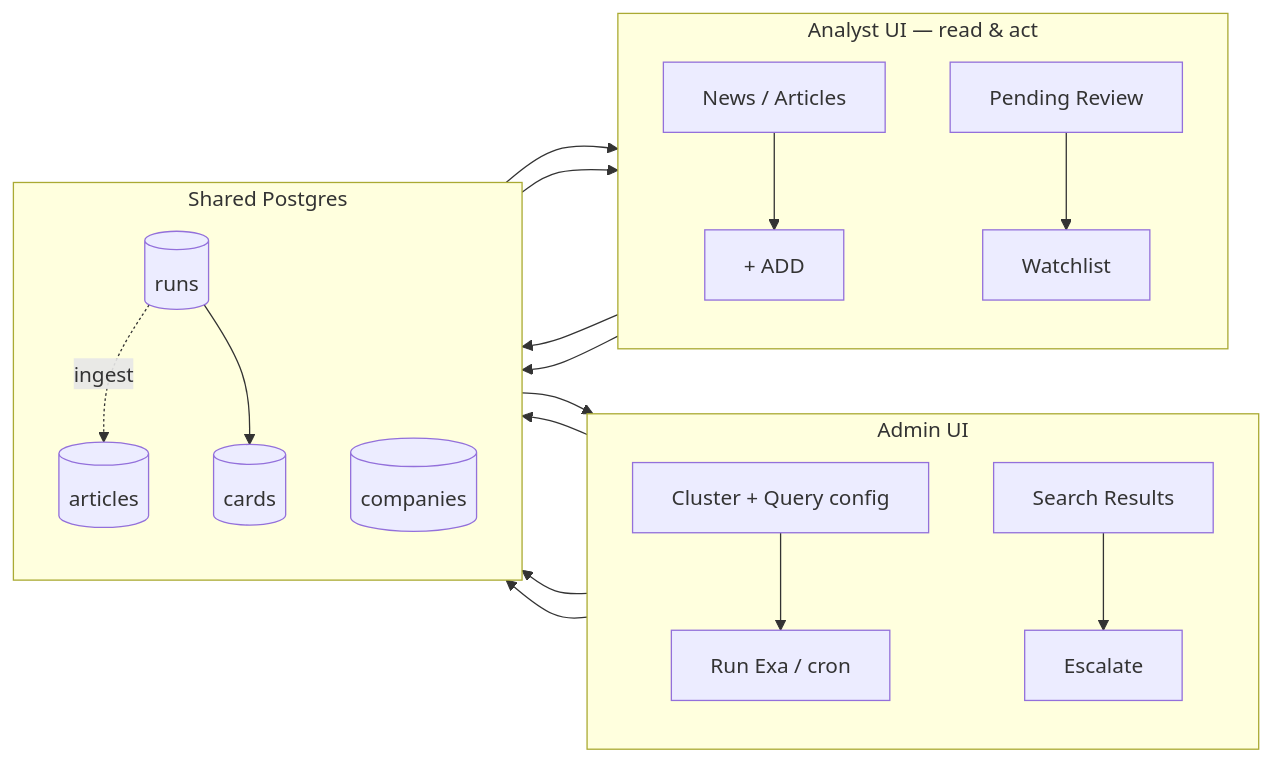
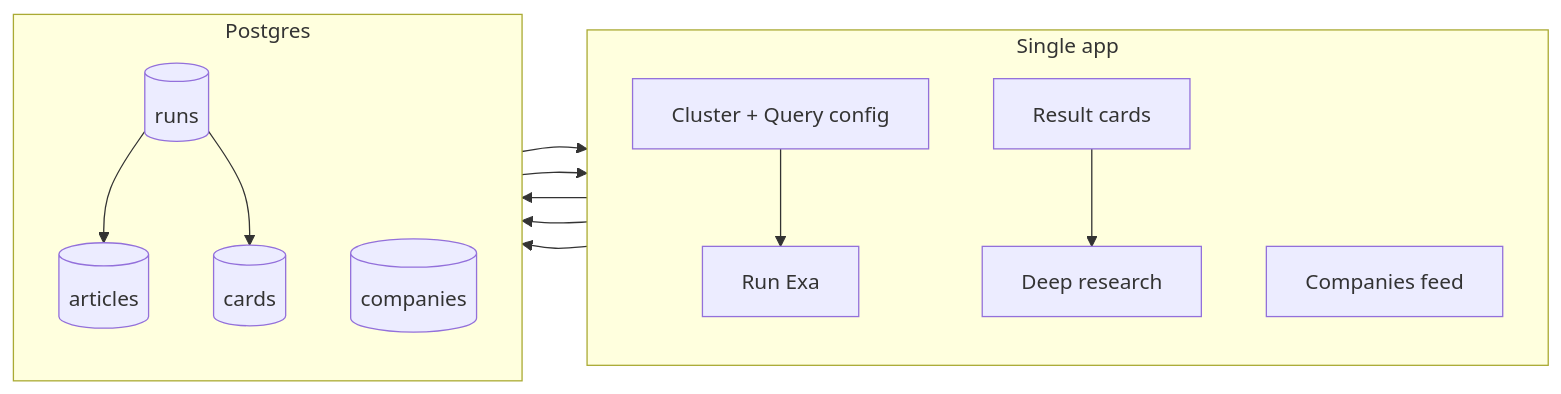
The tenth of 10 diagrams in docs/phase-1/P1-04-admin.md (Growth-Maschine/NORAD-INTEL-ENGINE-V1), drawn with Mermaid before and after one commit. The commit also changed other lines of this file and 12 other files, not shown here.

Commit message:
docs(phase-1): align P1-00 through P1-06 with current single-app build Update workflows, objects, fields, screens, and backend actions to match Web Discovery enrich, Deep research, and retired Today page features.

````diff
--- a/docs/phase-1/P1-04-admin.md
+++ b/docs/phase-1/P1-04-admin.md
@@ -913,37 +932,27 @@
 ```mermaid
 flowchart LR
-    subgraph Admin["Admin UI"]
+    subgraph App["Single app"]
         direction TB
         A1[Cluster + Query config]
-        A2[Run Exa / cron]
-        A3[Search Results]
-        A4[Escalate]
+        A2[Run Exa]
+        A3[Result cards]
+        A4[Deep research]
+        B1[Companies feed]
     end
 
-    subgraph Analyst["Analyst UI — read & act"]
-        direction TB
-        B1[News / Articles]
-        B2[+ ADD]
-        B3[Pending Review]
-        B4[Watchlist]
-    end
-
-    subgraph DB["Shared Postgres"]
+    subgraph DB["Postgres"]
         direction TB
         R[(runs)]
         ART[(articles)]
         C[(companies)]
         K[(cards)]
     end
 
     A1 --> A2 --> R
-    R --> A3
-    R -.->|ingest| ART
-    ART --> B1
+    R --> ART
+    ART --> A3
     A3 --> A4 --> R
     A4 --> C
-    B1 --> B2 --> R
     R --> K
-    K --> B3
-    B3 --> B4 --> C
+    K --> B1
 ```
````
